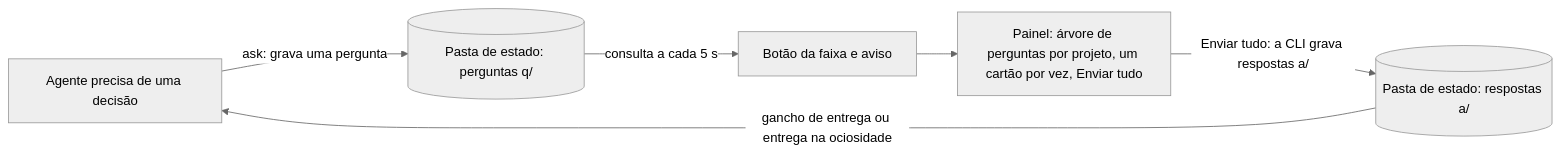
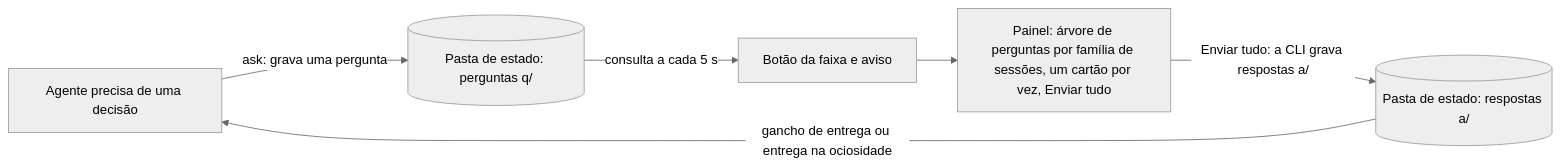
The first of 2 diagrams in README.pt-BR.md (KeepGlide/askaway), drawn with Mermaid (neutral theme) before and after one commit. The commit also changed other lines of this file and 12 other files, not shown here.

````diff
--- a/README.pt-BR.md
+++ b/README.pt-BR.md
@@ -62,8 +62,8 @@
 ```mermaid
 flowchart LR
     agent["Agente precisa de uma decisão"] -->|"ask: grava uma pergunta"| folder[("Pasta de estado: perguntas q/")]
     folder -->|"consulta a cada 5 s"| band["Botão da faixa e aviso"]
-    band --> panel["Painel: árvore de perguntas por projeto, um cartão por vez, Enviar tudo"]
+    band --> panel["Painel: árvore de perguntas por família de sessões, um cartão por vez, Enviar tudo"]
     panel -->|"Enviar tudo: a CLI grava respostas a/"| answers[("Pasta de estado: respostas a/")]
     answers -->|"gancho de entrega ou entrega na ociosidade"| agent
 ```
````
